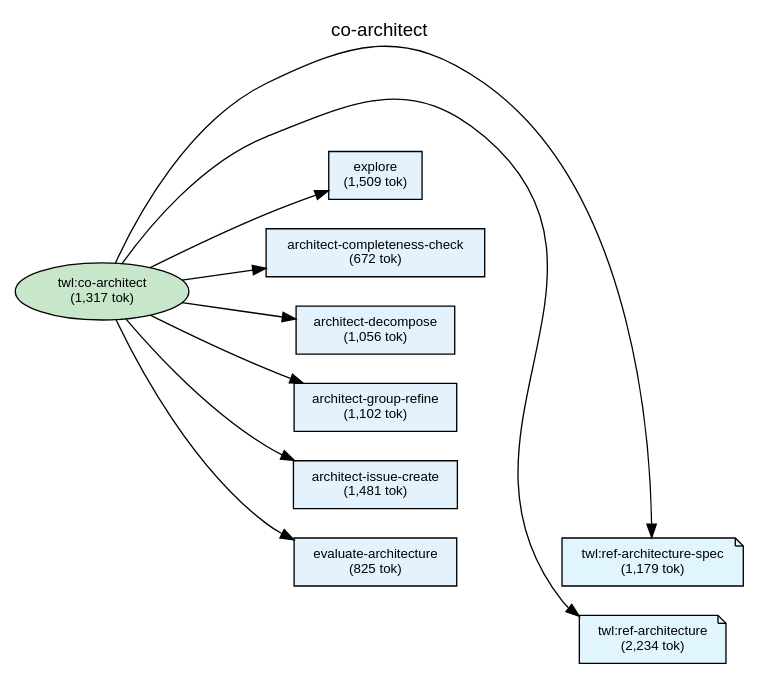
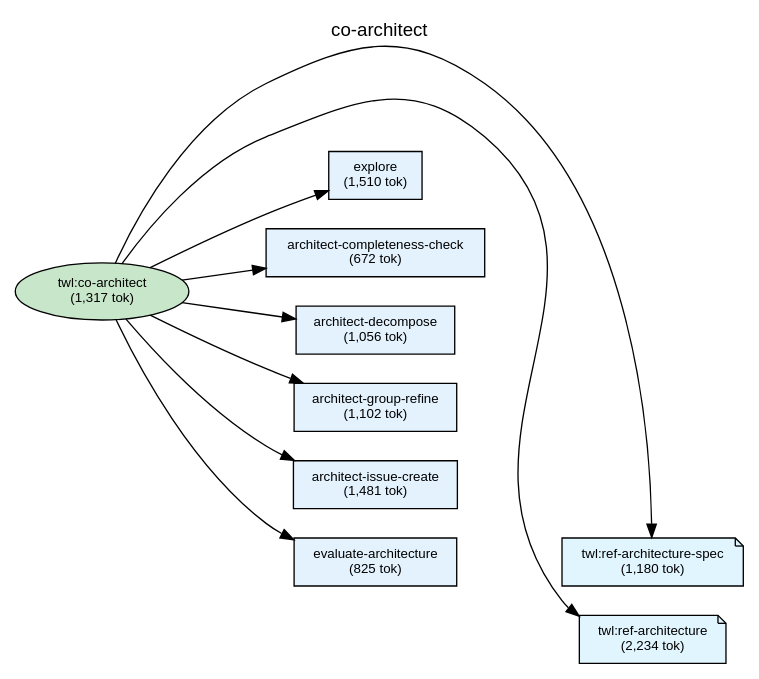
One commit to shuu5/twill changed the diagram in plugins/twl/docs/deps-co-architect.dot. Above: the diagram before and after it, drawn with Graphviz. The commit also changed 29 other files, not shown here.

```diff
--- a/plugins/twl/docs/deps-co-architect.dot
+++ b/plugins/twl/docs/deps-co-architect.dot
@@ -1,64 +1,64 @@
 digraph Dependencies {
     // Graph settings
     rankdir=LR;
     ranksep=0.8;
     nodesep=0.3;
     fontname="Helvetica";
     node [fontname="Helvetica", fontsize=10];
     edge [fontname="Helvetica", fontsize=9];
     label="co-architect";
     labelloc=t;
     fontsize=14;
 
     // L0: Controller Skills
     skill_co_architect [label="twl:co-architect\n(1,317 tok)", shape=ellipse, style=filled, fillcolor="#c8e6c9"];
 
     // L0: Launchers
 
     // L0.5: Workflow Skills
 
     // Reference Skills
     skill_ref_architecture [label="twl:ref-architecture\n(2,234 tok)", shape=note, style=filled, fillcolor="#e1f5fe"];
-    skill_ref_architecture_spec [label="twl:ref-architecture-spec\n(1,179 tok)", shape=note, style=filled, fillcolor="#e1f5fe"];
+    skill_ref_architecture_spec [label="twl:ref-architecture-spec\n(1,180 tok)", shape=note, style=filled, fillcolor="#e1f5fe"];
 
     // L1: Direct Commands
     cmd_architect_completeness_check [label="architect-completeness-check\n(672 tok)", shape=box, style=filled, fillcolor="#e3f2fd"];
     cmd_architect_decompose [label="architect-decompose\n(1,056 tok)", shape=box, style=filled, fillcolor="#e3f2fd"];
     cmd_architect_group_refine [label="architect-group-refine\n(1,102 tok)", shape=box, style=filled, fillcolor="#e3f2fd"];
     cmd_architect_issue_create [label="architect-issue-create\n(1,481 tok)", shape=box, style=filled, fillcolor="#e3f2fd"];
     cmd_evaluate_architecture [label="evaluate-architecture\n(825 tok)", shape=box, style=filled, fillcolor="#e3f2fd"];
-    cmd_explore [label="explore\n(1,509 tok)", shape=box, style=filled, fillcolor="#e3f2fd"];
+    cmd_explore [label="explore\n(1,510 tok)", shape=box, style=filled, fillcolor="#e3f2fd"];
 
     // L2: Sub Commands
 
     // L3: Agents
 
     // L3.5: Scripts
 
     // L4: External
 
     // Layer constraints
     { rank=same; skill_co_architect; }
     { rank=same; skill_ref_architecture; skill_ref_architecture_spec; }
     { rank=same; cmd_architect_completeness_check; cmd_architect_decompose; cmd_architect_group_refine; cmd_architect_issue_create; cmd_evaluate_architecture; cmd_explore; }
 
     // Edges
     skill_co_architect -> cmd_explore;
     skill_co_architect -> cmd_architect_completeness_check;
     skill_co_architect -> cmd_architect_decompose;
     skill_co_architect -> cmd_architect_group_refine;
     skill_co_architect -> cmd_architect_issue_create;
     skill_co_architect -> cmd_evaluate_architecture;
     skill_co_architect -> skill_ref_architecture_spec;
     skill_co_architect -> skill_ref_architecture;
 
     // Ordering constraints (invisible edges)
     cmd_explore -> cmd_architect_completeness_check [style=invis, weight=10];
     cmd_architect_completeness_check -> cmd_architect_decompose [style=invis, weight=10];
     cmd_architect_decompose -> cmd_architect_group_refine [style=invis, weight=10];
     cmd_architect_group_refine -> cmd_architect_issue_create [style=invis, weight=10];
     cmd_architect_issue_create -> cmd_evaluate_architecture [style=invis, weight=10];
     cmd_evaluate_architecture -> skill_ref_architecture_spec [style=invis, weight=10];
     skill_ref_architecture_spec -> skill_ref_architecture [style=invis, weight=10];
 
 }
```
